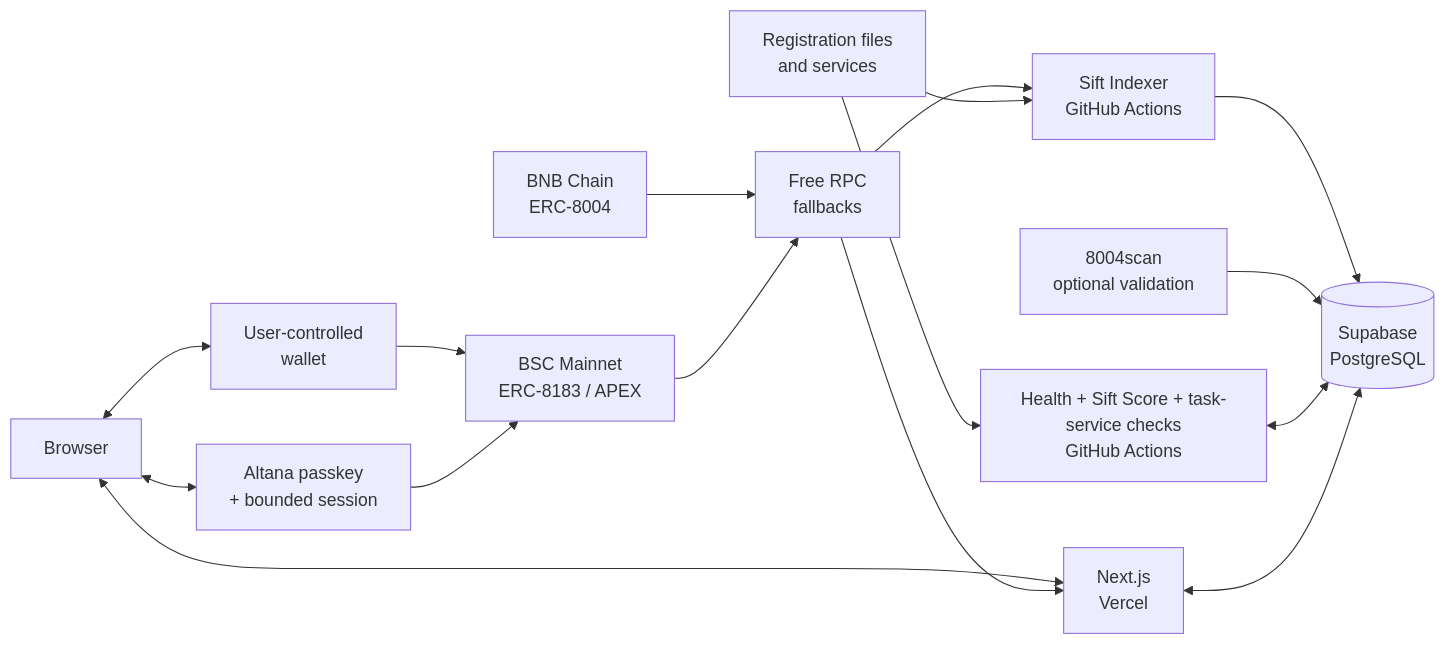
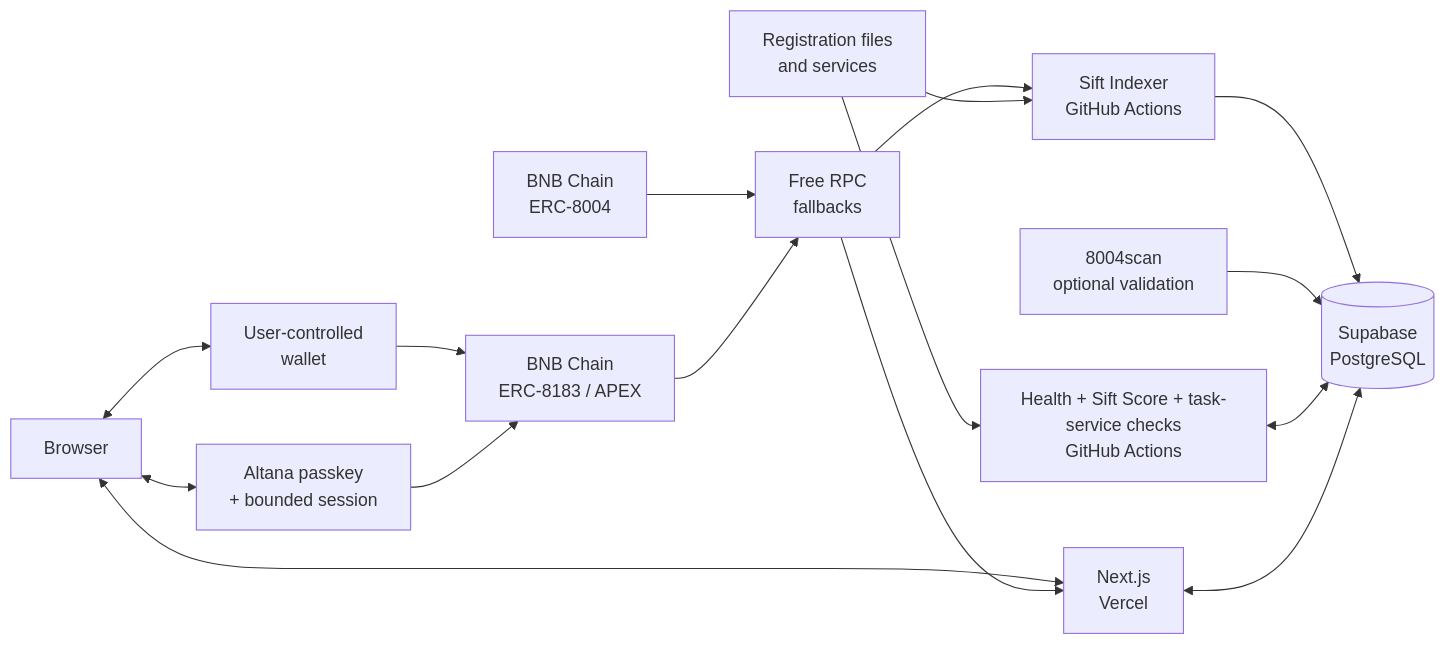
The diagram in README.md (taiwo-the-dev/sift), drawn with Mermaid before and after one commit. The commit also changed other lines of this file and 82 other files, not shown here.

````diff
--- a/README.md
+++ b/README.md
@@ -68,18 +69,18 @@
 ```mermaid
 flowchart LR
   chain["BNB Chain\nERC-8004"] --> rpc["Free RPC\nfallbacks"]
   rpc --> indexer["Sift Indexer\nGitHub Actions"]
   metadata["Registration files\nand services"] --> indexer
   indexer --> db[("Supabase\nPostgreSQL")]
   scan["8004scan\noptional validation"] --> db
   assessment["Health + Sift Score + task-service checks\nGitHub Actions"] <--> db
   metadata --> assessment
   browser["Browser"] <--> app["Next.js\nVercel"]
   app <--> db
   browser <--> wallet["User-controlled\nwallet"]
   browser <--> altana["Altana passkey\n+ bounded session"]
-  wallet --> apex["BSC Mainnet\nERC-8183 / APEX"]
+  wallet --> apex["BNB Chain\nERC-8183 / APEX"]
   altana --> apex
   apex --> rpc
   rpc --> app
 ```
````
